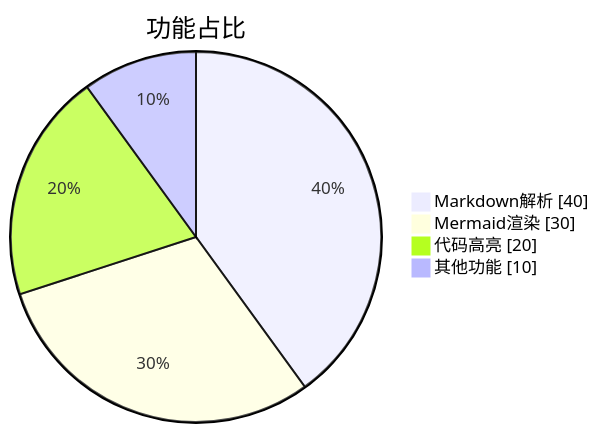
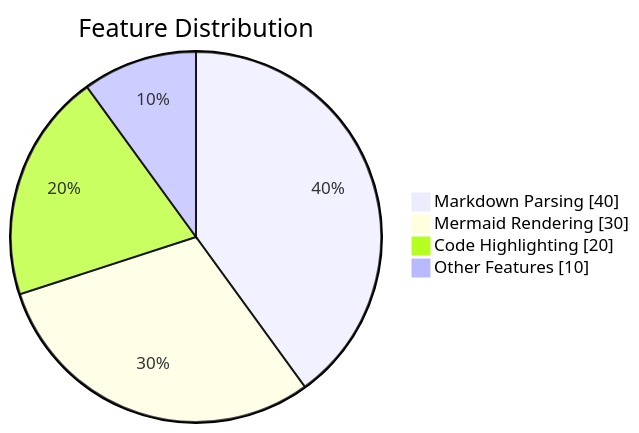
Before and after one commit to cheneypan/markdown-viewer: the third of 3 diagrams in example.md, drawn with Mermaid. The commit also changed other lines of this file, not shown here.

````diff
--- a/example.md
+++ b/example.md
@@ -62,8 +62,8 @@
 ```mermaid
 pie showData
-    title 功能占比
-    "Markdown解析" : 40
-    "Mermaid渲染" : 30
-    "代码高亮" : 20
-    "其他功能" : 10
+    title Feature Distribution
+    "Markdown Parsing" : 40
+    "Mermaid Rendering" : 30
+    "Code Highlighting" : 20
+    "Other Features" : 10
 ```
````
